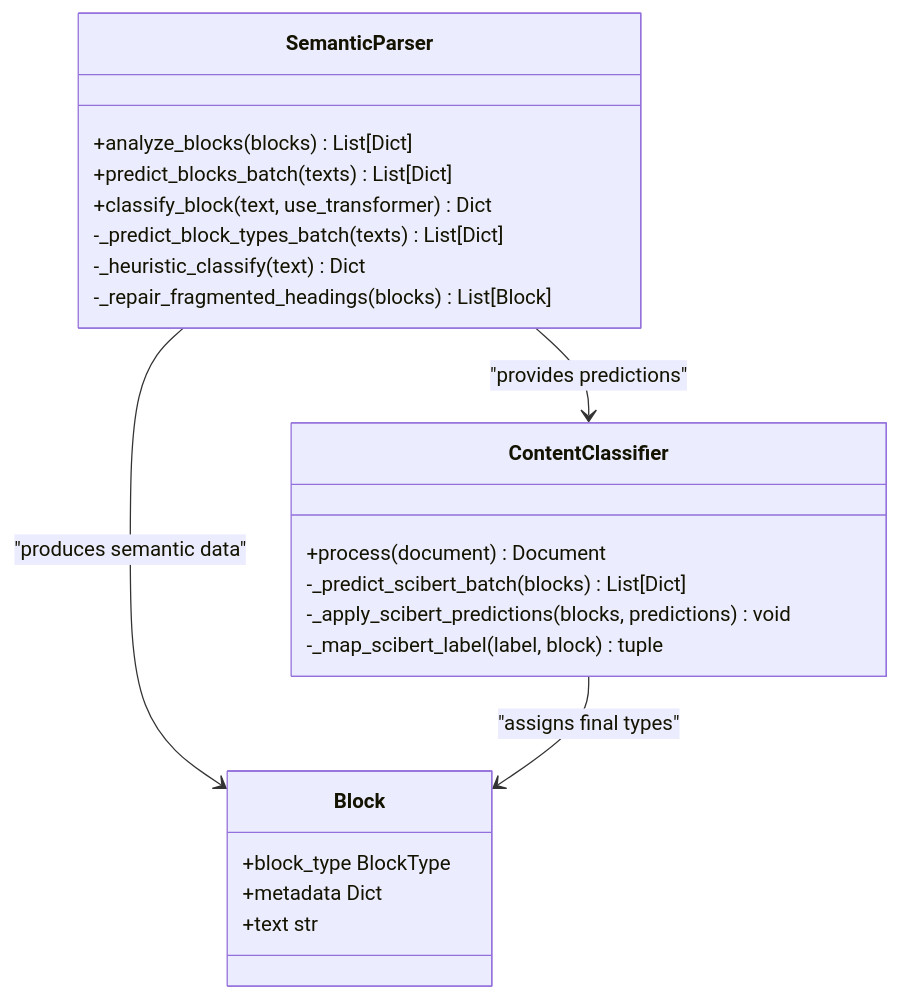
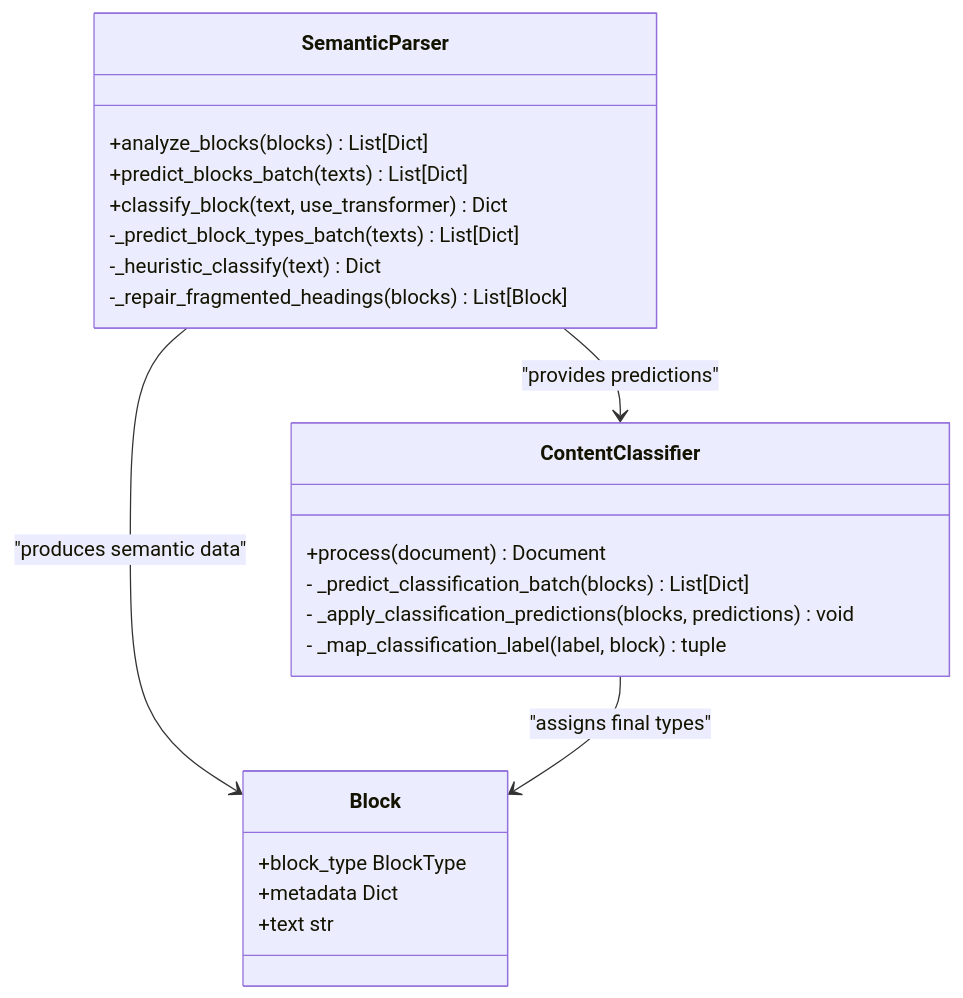
One commit to rohitkumarnaidu/ScholarFormAI changed the fourth of 6 diagrams in .docs/content/Semantic Parser.md. Above: the diagram before and after it, drawn with Mermaid. The commit also changed other lines of this file and 6 other files, not shown here.

First line of the commit message:
docs: update testing, API, and architecture docs in .docs/

````diff
--- a/.docs/content/Semantic Parser.md
+++ b/.docs/content/Semantic Parser.md
@@ -186,25 +186,25 @@
 ```mermaid
 classDiagram
 class SemanticParser {
 +analyze_blocks(blocks) List[Dict]
 +predict_blocks_batch(texts) List[Dict]
 +classify_block(text, use_transformer) Dict
 -_predict_block_types_batch(texts) List[Dict]
 -_heuristic_classify(text) Dict
 -_repair_fragmented_headings(blocks) List[Block]
 }
 class ContentClassifier {
 +process(document) Document
--_predict_scibert_batch(blocks) List[Dict]
--_apply_scibert_predictions(blocks, predictions) void
--_map_scibert_label(label, block) tuple
+- _predict_classification_batch(blocks) List[Dict]
+- _apply_classification_predictions(blocks, predictions) void
+- _map_classification_label(label, block) tuple
 }
 class Block {
 +block_type BlockType
 +metadata Dict
 +text str
 }
 SemanticParser --> Block : "produces semantic data"
 ContentClassifier --> Block : "assigns final types"
 SemanticParser --> ContentClassifier : "provides predictions"
 ```
````
